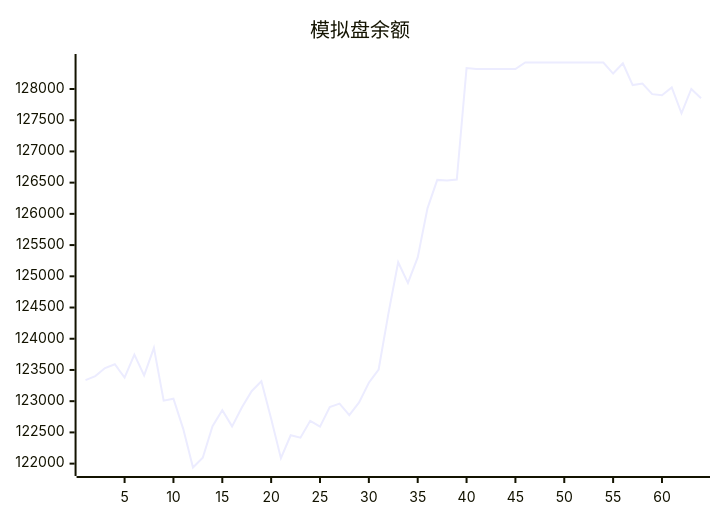
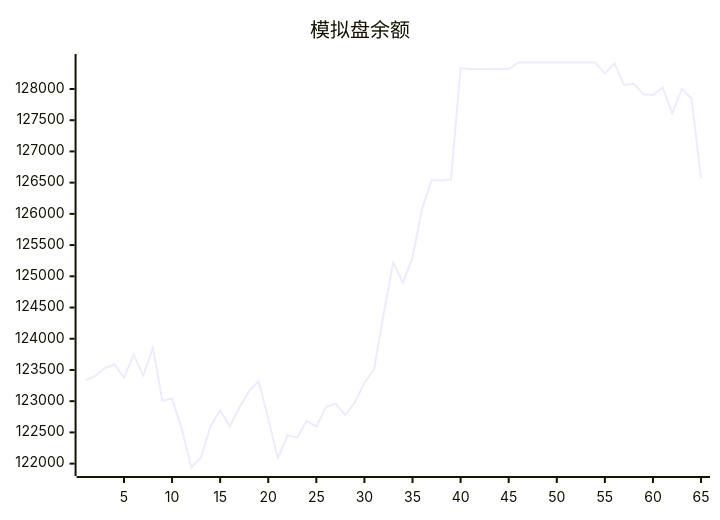
The diagram in trading/README.md (aahl/mcp-aktools), drawn with Mermaid before and after one commit. The commit also changed other lines of this file and 1 other file, not shown here.

````diff
--- a/trading/README.md
+++ b/trading/README.md
@@ -3,5 +3,5 @@
 ```mermaid
 xychart
     title "模拟盘余额"
-    line [123338,123402,123530,123592,123378,123745,123413,123853,123009,123040,122557,121938,122095,122599,122856,122597,122898,123160,123319,122719,122087,122454,122416,122685,122592,122907,122961,122776,122981,123295,123507,124403,125224,124894,125303,126088,126544,126534,126549,128335,128318,128318,128318,128318,128318,128424,128424,128424,128424,128424,128424,128424,128424,128424,128247,128412,128062,128087,127917,127901,128026,127611,128000,127850]
+    line [123338,123402,123530,123592,123378,123745,123413,123853,123009,123040,122557,121938,122095,122599,122856,122597,122898,123160,123319,122719,122087,122454,122416,122685,122592,122907,122961,122776,122981,123295,123507,124403,125224,124894,125303,126088,126544,126534,126549,128335,128318,128318,128318,128318,128318,128424,128424,128424,128424,128424,128424,128424,128424,128424,128247,128412,128062,128087,127917,127901,128026,127611,128000,127850,126572]
 ```
````
